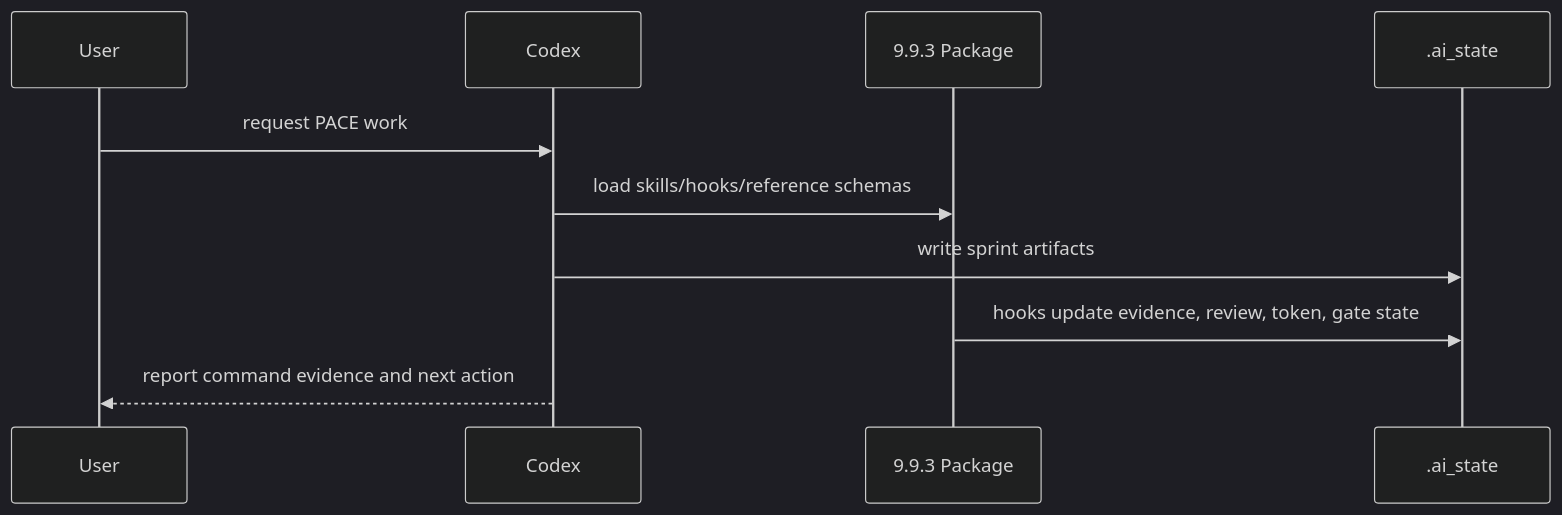
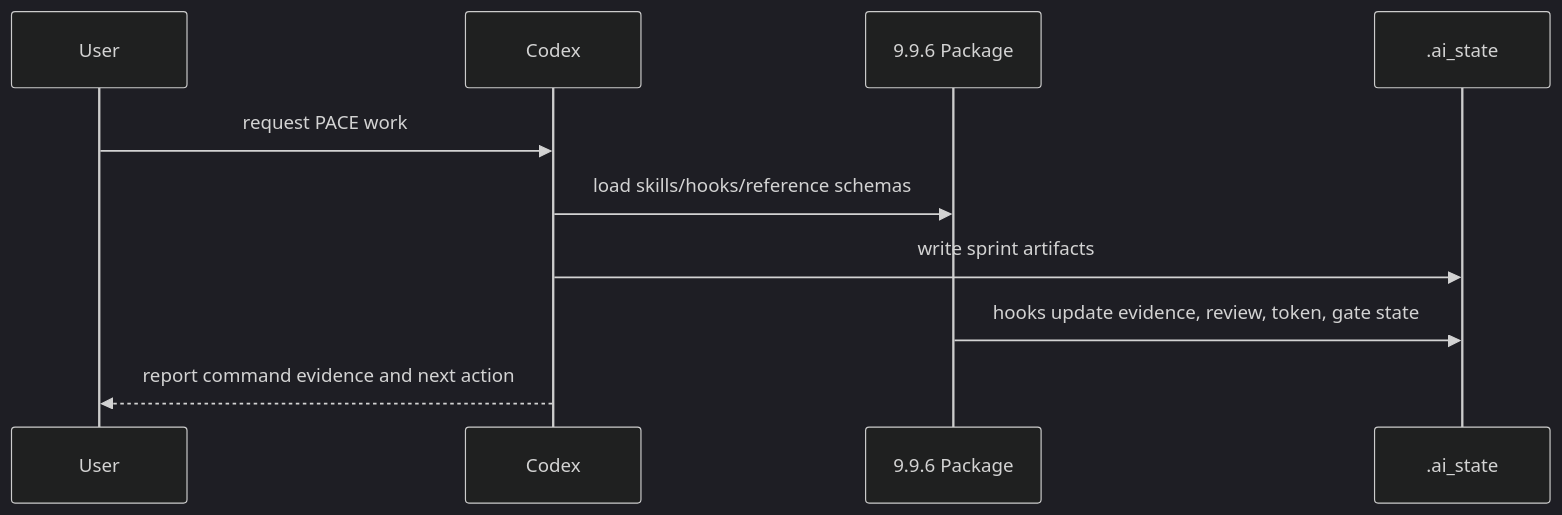
Before and after one commit to WenJunDuan/Rlues: the second of 2 diagrams in .ai_state/architecture/ARCHITECTURE.md, drawn with Mermaid (dark theme). The commit also changed other lines of this file and 65 other files, not shown here.

````diff
--- a/.ai_state/architecture/ARCHITECTURE.md
+++ b/.ai_state/architecture/ARCHITECTURE.md
@@ -57,12 +58,12 @@
 ```mermaid
 sequenceDiagram
     participant User
     participant Codex
-    participant Package as 9.9.3 Package
+    participant Package as 9.9.6 Package
     participant State as .ai_state
     User->>Codex: request PACE work
     Codex->>Package: load skills/hooks/reference schemas
     Codex->>State: write sprint artifacts
     Package->>State: hooks update evidence, review, token, gate state
     Codex-->>User: report command evidence and next action
 ```
````
